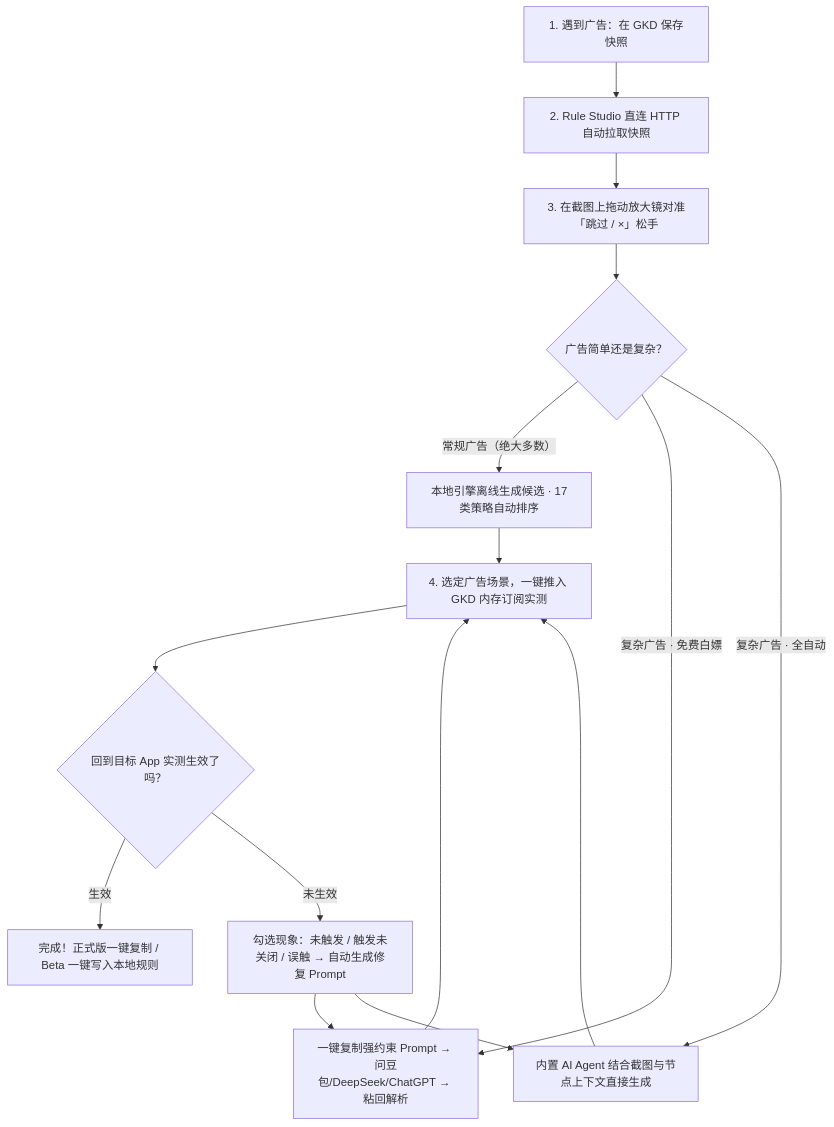
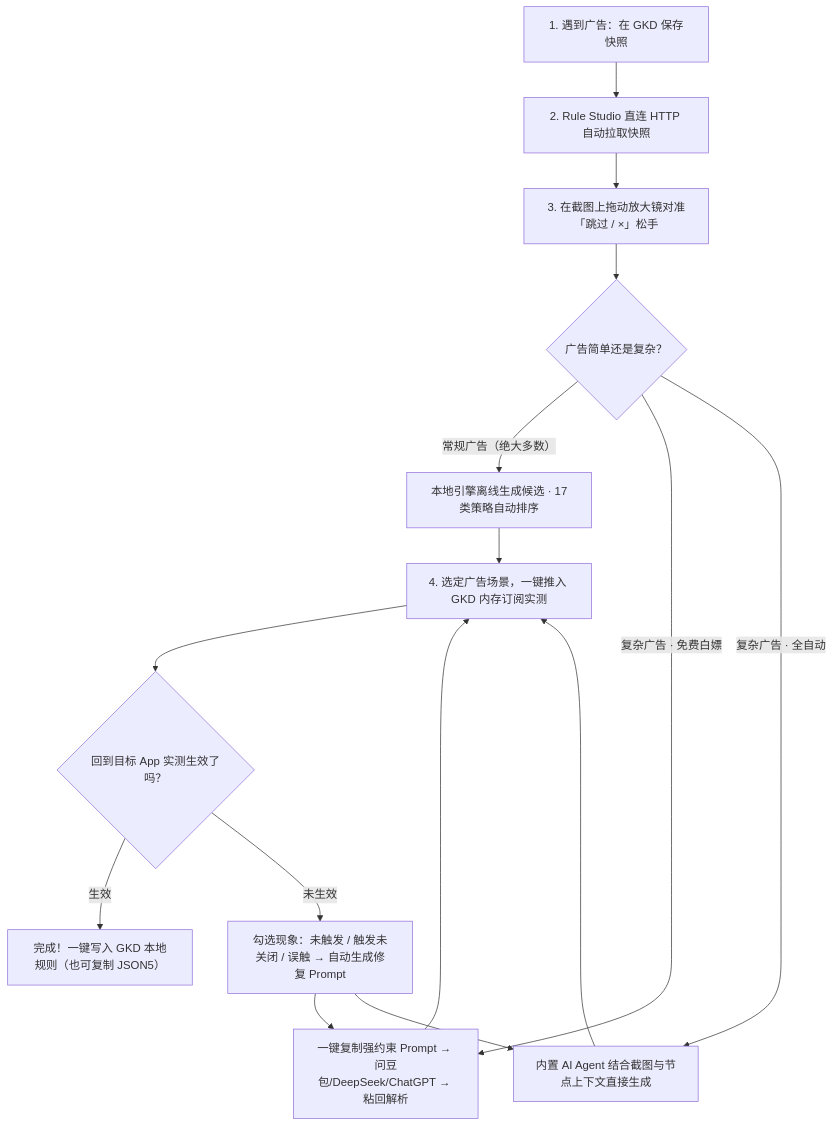
Before and after one commit to jjjj31/gkd-rule-studio: the diagram in README.md, drawn with Mermaid. The commit also changed other lines of this file and 42 other files, not shown here.

````diff
--- a/README.md
+++ b/README.md
@@ -61,20 +61,20 @@
 ```mermaid
 flowchart TD
     A["1. 遇到广告：在 GKD 保存快照"] --> B["2. Rule Studio 直连 HTTP 自动拉取快照"]
     B --> C["3. 在截图上拖动放大镜对准「跳过 / ×」松手"]
     C --> D{"广告简单还是复杂？"}
 
     D -- "常规广告（绝大多数）" --> E["本地引擎离线生成候选 · 17类策略自动排序"]
     D -- "复杂广告 · 免费白嫖" --> F["一键复制强约束 Prompt → 问豆包/DeepSeek/ChatGPT → 粘回解析"]
     D -- "复杂广告 · 全自动" --> G["内置 AI Agent 结合截图与节点上下文直接生成"]
 
     E --> H["4. 选定广告场景，一键推入 GKD 内存订阅实测"]
     F --> H
     G --> H
 
     H --> I{"回到目标 App 实测生效了吗？"}
-    I -- "生效" --> J["完成！正式版一键复制 / Beta 一键写入本地规则"]
+    I -- "生效" --> J["完成！一键写入 GKD 本地规则（也可复制 JSON5）"]
     I -- "未生效" --> K["勾选现象：未触发 / 触发未关闭 / 误触 → 自动生成修复 Prompt"]
     K --> F
     K --> G
 ```
````
